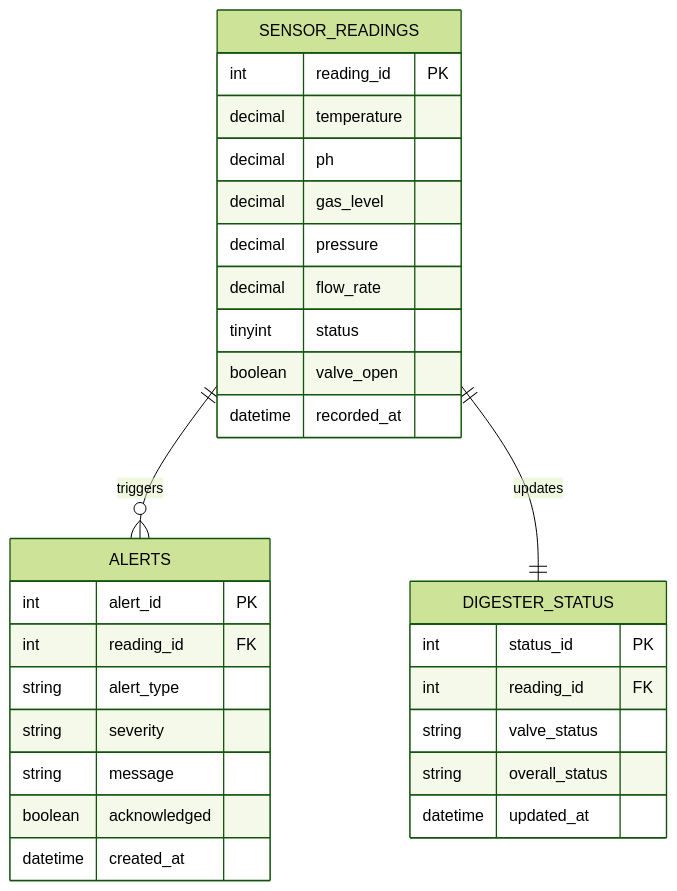
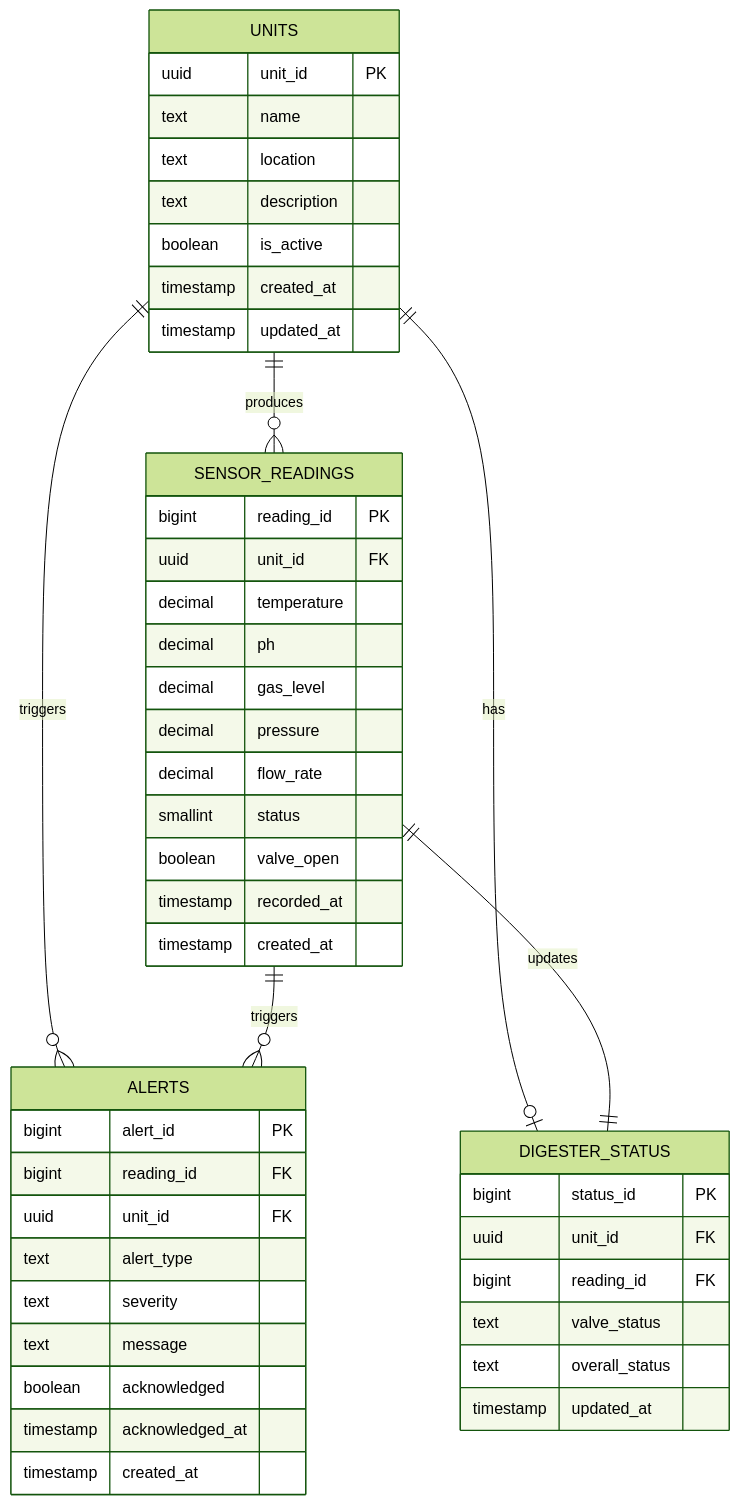
One commit to lastimosocharls-gif/Project-SULO changed the second of 2 diagrams in documentation/SYSTEM_ARCHITECTURE.MD. Above: the diagram before and after it, drawn with Mermaid (forest theme). The commit also changed other lines of this file and 2 other files, not shown here.

First line of the commit message:
docs: update architecture to cloud-based Supabase with multi-unit support

````diff
--- a/documentation/SYSTEM_ARCHITECTURE.MD
+++ b/documentation/SYSTEM_ARCHITECTURE.MD
@@ -125,36 +150,54 @@
 ```mermaid
 erDiagram
 
+    UNITS ||--o{ SENSOR_READINGS : produces
+    UNITS ||--o{ ALERTS : triggers
+    UNITS ||--o| DIGESTER_STATUS : has
     SENSOR_READINGS ||--o{ ALERTS : triggers
     SENSOR_READINGS ||--|| DIGESTER_STATUS : updates
 
+    UNITS {
+        uuid unit_id PK
+        text name
+        text location
+        text description
+        boolean is_active
+        timestamp created_at
+        timestamp updated_at
+    }
+
     SENSOR_READINGS {
-        int reading_id PK
+        bigint reading_id PK
+        uuid unit_id FK
         decimal temperature
         decimal ph
         decimal gas_level
         decimal pressure
         decimal flow_rate
-        tinyint status
+        smallint status
         boolean valve_open
-        datetime recorded_at
+        timestamp recorded_at
+        timestamp created_at
     }
 
     ALERTS {
-        int alert_id PK
-        int reading_id FK
-        string alert_type
-        string severity
-        string message
+        bigint alert_id PK
+        bigint reading_id FK
+        uuid unit_id FK
+        text alert_type
+        text severity
+        text message
         boolean acknowledged
-        datetime created_at
+        timestamp acknowledged_at
+        timestamp created_at
     }
 
     DIGESTER_STATUS {
-        int status_id PK
-        int reading_id FK
-        string valve_status
-        string overall_status
-        datetime updated_at
+        bigint status_id PK
+        uuid unit_id FK
+        bigint reading_id FK
+        text valve_status
+        text overall_status
+        timestamp updated_at
     }
 ```
````
